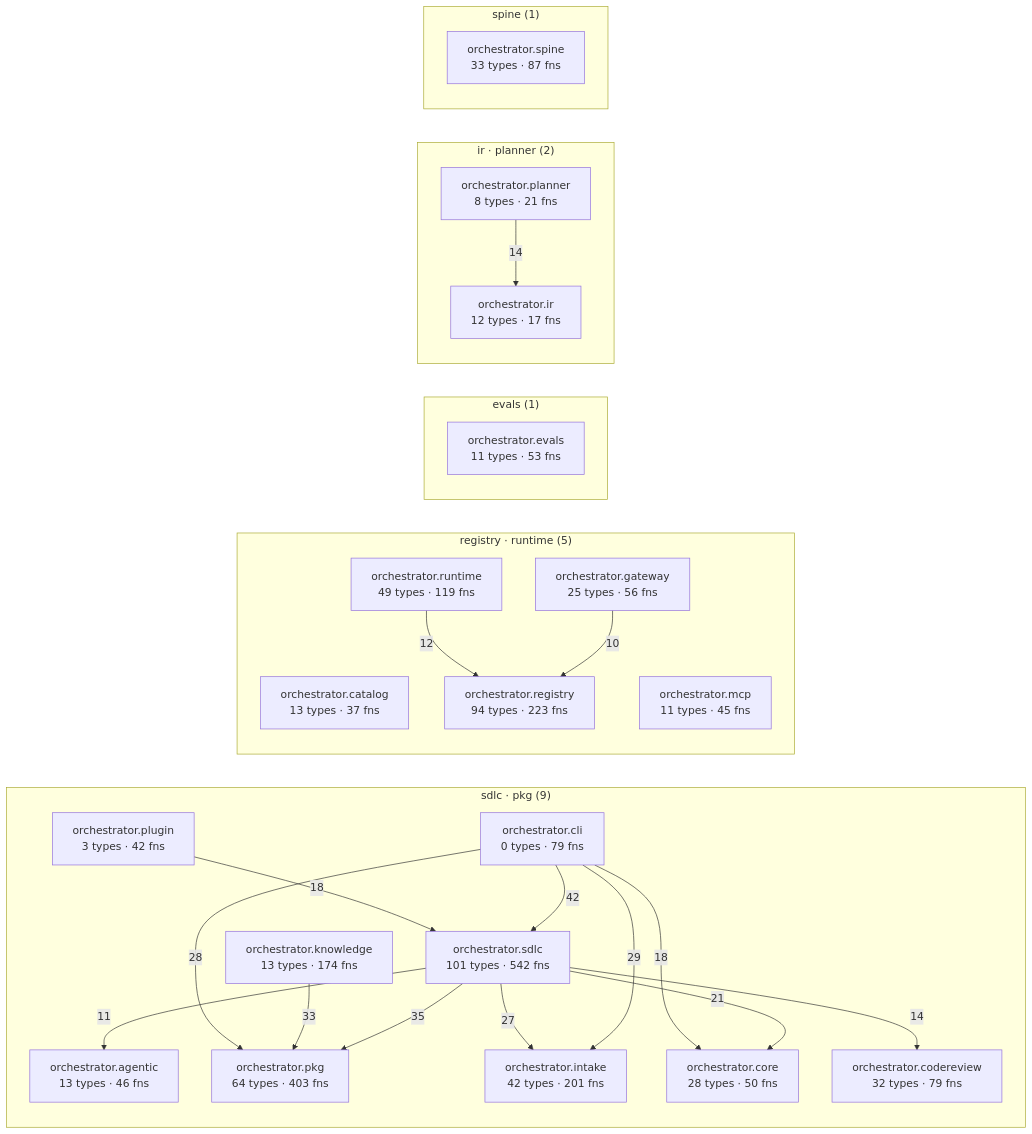
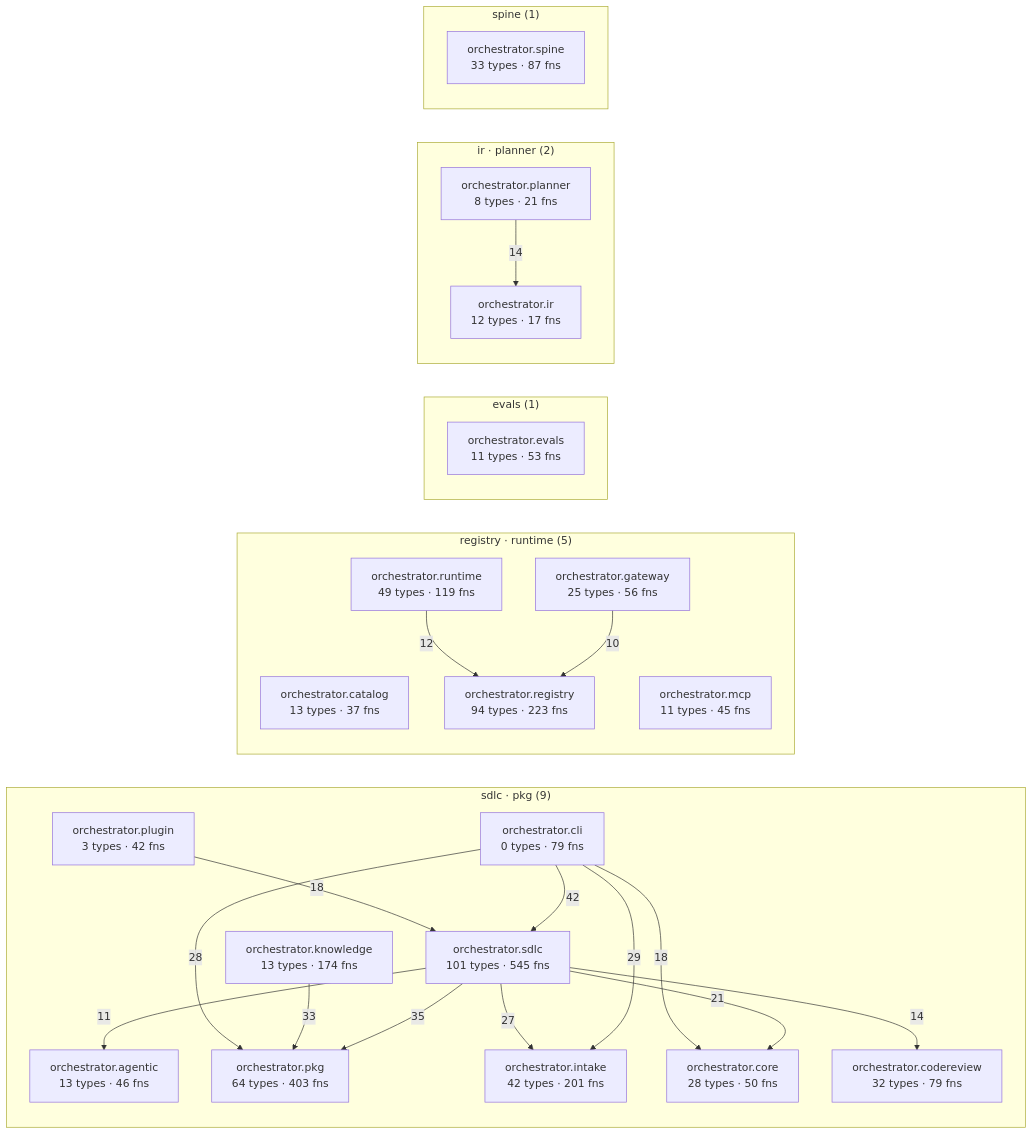
One commit to synaptixs/spine changed the diagram in episteme/architecture.md. Above: the diagram before and after it, drawn with Mermaid. The commit also changed other lines of this file and 7 other files, not shown here.

````diff
--- a/episteme/architecture.md
+++ b/episteme/architecture.md
@@ -54,45 +54,45 @@
 ```mermaid
 flowchart LR
   subgraph c_1["sdlc · pkg (9)"]
     aorchestratoragentic["orchestrator.agentic<br/>13 types · 46 fns"]
     aorchestratorcli["orchestrator.cli<br/>0 types · 79 fns"]
     aorchestratorcodereview["orchestrator.codereview<br/>32 types · 79 fns"]
     aorchestratorcore["orchestrator.core<br/>28 types · 50 fns"]
     aorchestratorintake["orchestrator.intake<br/>42 types · 201 fns"]
     aorchestratorknowledge["orchestrator.knowledge<br/>13 types · 174 fns"]
     aorchestratorpkg["orchestrator.pkg<br/>64 types · 403 fns"]
     aorchestratorplugin["orchestrator.plugin<br/>3 types · 42 fns"]
-    aorchestratorsdlc["orchestrator.sdlc<br/>101 types · 542 fns"]
+    aorchestratorsdlc["orchestrator.sdlc<br/>101 types · 545 fns"]
   end
   subgraph c_3["registry · runtime (5)"]
     aorchestratorcatalog["orchestrator.catalog<br/>13 types · 37 fns"]
     aorchestratorgateway["orchestrator.gateway<br/>25 types · 56 fns"]
     aorchestratormcp["orchestrator.mcp<br/>11 types · 45 fns"]
     aorchestratorregistry["orchestrator.registry<br/>94 types · 223 fns"]
     aorchestratorruntime["orchestrator.runtime<br/>49 types · 119 fns"]
   end
   subgraph c_5["evals (1)"]
     aorchestratorevals["orchestrator.evals<br/>11 types · 53 fns"]
   end
   subgraph c_7["ir · planner (2)"]
     aorchestratorir["orchestrator.ir<br/>12 types · 17 fns"]
     aorchestratorplanner["orchestrator.planner<br/>8 types · 21 fns"]
   end
   subgraph c_10["spine (1)"]
     aorchestratorspine["orchestrator.spine<br/>33 types · 87 fns"]
   end
   aorchestratorcli -->|42| aorchestratorsdlc
   aorchestratorsdlc -->|35| aorchestratorpkg
   aorchestratorknowledge -->|33| aorchestratorpkg
   aorchestratorcli -->|29| aorchestratorintake
   aorchestratorcli -->|28| aorchestratorpkg
   aorchestratorsdlc -->|27| aorchestratorintake
   aorchestratorsdlc -->|21| aorchestratorcore
   aorchestratorcli -->|18| aorchestratorcore
   aorchestratorplugin -->|18| aorchestratorsdlc
   aorchestratorplanner -->|14| aorchestratorir
   aorchestratorsdlc -->|14| aorchestratorcodereview
   aorchestratorruntime -->|12| aorchestratorregistry
   aorchestratorsdlc -->|11| aorchestratoragentic
   aorchestratorgateway -->|10| aorchestratorregistry
 ```
````
